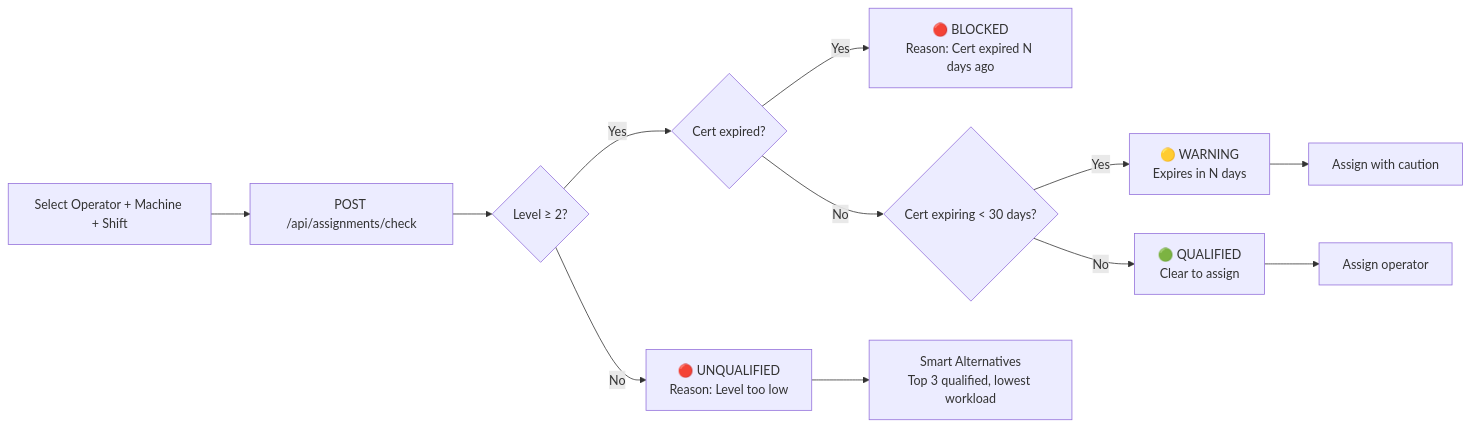
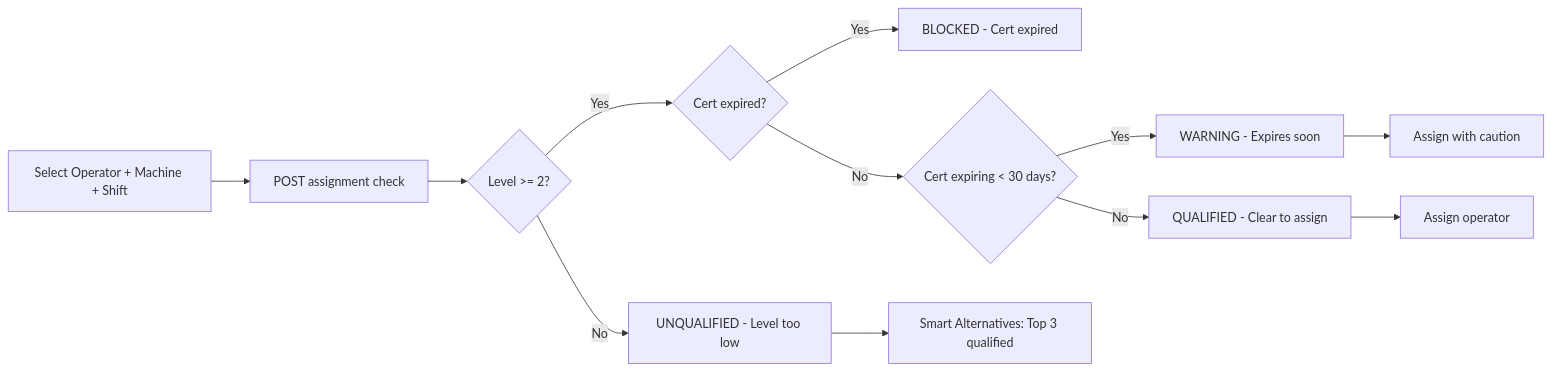
One commit to awakenedarpit/skillsforge changed the third of 8 diagrams in README.md. Above: the diagram before and after it, drawn with Mermaid. The commit also changed other lines of this file, not shown here.

Commit message:
fix: resolve all Mermaid diagram syntax errors in README

````diff
--- a/README.md
+++ b/README.md
@@ -162,14 +161,14 @@
 ```mermaid
 flowchart LR
-    A[Select Operator + Machine + Shift] --> B[POST /api/assignments/check]
-    B --> C{Level ≥ 2?}
-    C -- No --> D[🔴 UNQUALIFIED\nReason: Level too low]
+    A["Select Operator + Machine + Shift"] --> B["POST assignment check"]
+    B --> C{Level >= 2?}
+    C -- No --> D["UNQUALIFIED - Level too low"]
     C -- Yes --> E{Cert expired?}
-    E -- Yes --> F[🔴 BLOCKED\nReason: Cert expired N days ago]
-    E -- No --> G{Cert expiring < 30 days?}
-    G -- Yes --> H[🟡 WARNING\nExpires in N days]
-    G -- No --> I[🟢 QUALIFIED\nClear to assign]
-    D --> J[Smart Alternatives\nTop 3 qualified, lowest workload]
+    E -- Yes --> F["BLOCKED - Cert expired"]
+    E -- No --> G{"Cert expiring < 30 days?"}
+    G -- Yes --> H["WARNING - Expires soon"]
+    G -- No --> I["QUALIFIED - Clear to assign"]
+    D --> J["Smart Alternatives: Top 3 qualified"]
     H --> K[Assign with caution]
     I --> L[Assign operator]
 ```
````
